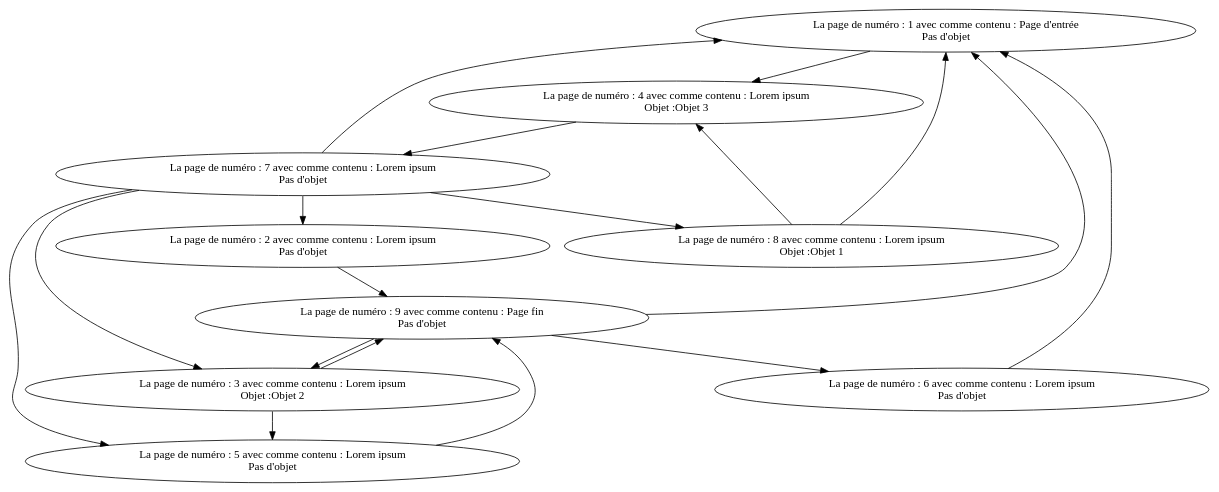
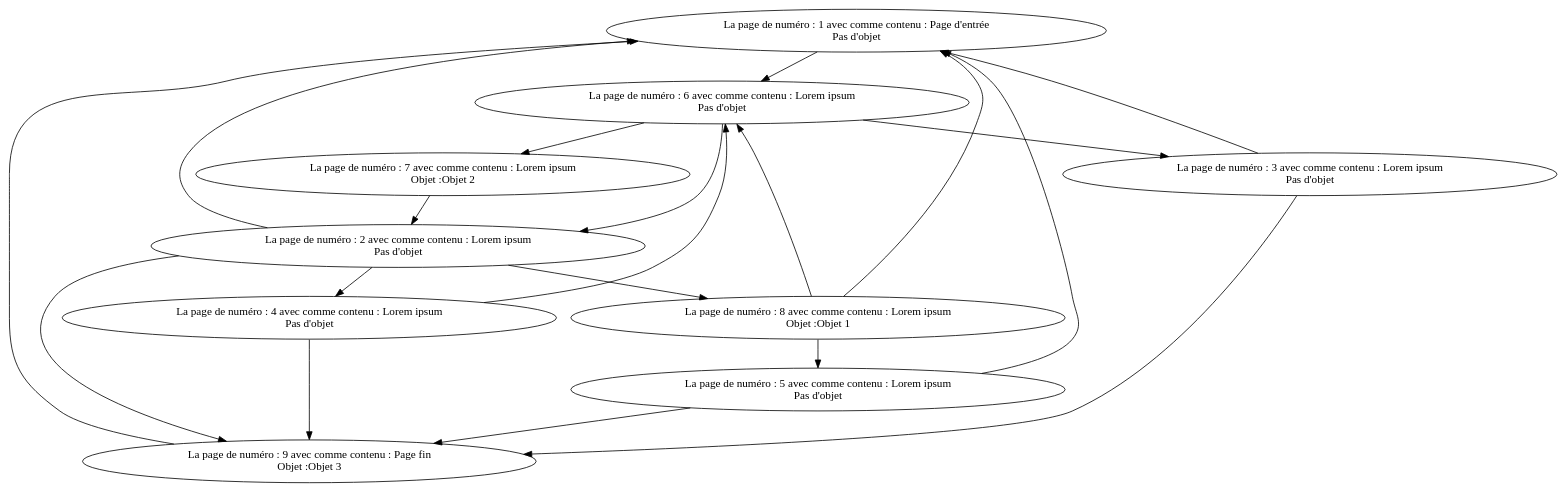
The diagram in Livre_Jeu/graph2.dot (TomJacquemard/SAE-Graphe---Livre-jeu), drawn with Graphviz before and after one commit. The commit also changed 12 other files, not shown here.

```diff
--- a/Livre_Jeu/graph2.dot
+++ b/Livre_Jeu/graph2.dot
@@ -1,37 +1,39 @@
 strict digraph G {
   1 [ label="La page de numéro : 1 avec comme contenu : Page d'entrée
  Pas d'objet" ];
   2 [ label="La page de numéro : 9 avec comme contenu : Page fin
- Pas d'objet" ];
+ Objet :Objet 3" ];
   3 [ label="La page de numéro : 2 avec comme contenu : Lorem ipsum
  Pas d'objet" ];
   4 [ label="La page de numéro : 3 avec comme contenu : Lorem ipsum
- Objet :Objet 2" ];
+ Pas d'objet" ];
   5 [ label="La page de numéro : 4 avec comme contenu : Lorem ipsum
- Objet :Objet 3" ];
+ Pas d'objet" ];
   6 [ label="La page de numéro : 5 avec comme contenu : Lorem ipsum
  Pas d'objet" ];
   7 [ label="La page de numéro : 6 avec comme contenu : Lorem ipsum
  Pas d'objet" ];
   8 [ label="La page de numéro : 7 avec comme contenu : Lorem ipsum
- Pas d'objet" ];
+ Objet :Objet 2" ];
   9 [ label="La page de numéro : 8 avec comme contenu : Lorem ipsum
  Objet :Objet 1" ];
-  1 -> 5;
-  2 -> 7;
-  2 -> 4;
+  1 -> 7;
   2 -> 1;
   3 -> 2;
+  3 -> 9;
+  3 -> 1;
+  3 -> 5;
   4 -> 2;
-  4 -> 6;
-  5 -> 8;
+  4 -> 1;
+  5 -> 2;
+  5 -> 7;
   6 -> 2;
-  7 -> 1;
-  8 -> 6;
+  6 -> 1;
+  7 -> 8;
+  7 -> 4;
+  7 -> 3;
   8 -> 3;
-  8 -> 1;
-  8 -> 9;
-  8 -> 4;
+  9 -> 7;
+  9 -> 6;
   9 -> 1;
-  9 -> 5;
 }
```
